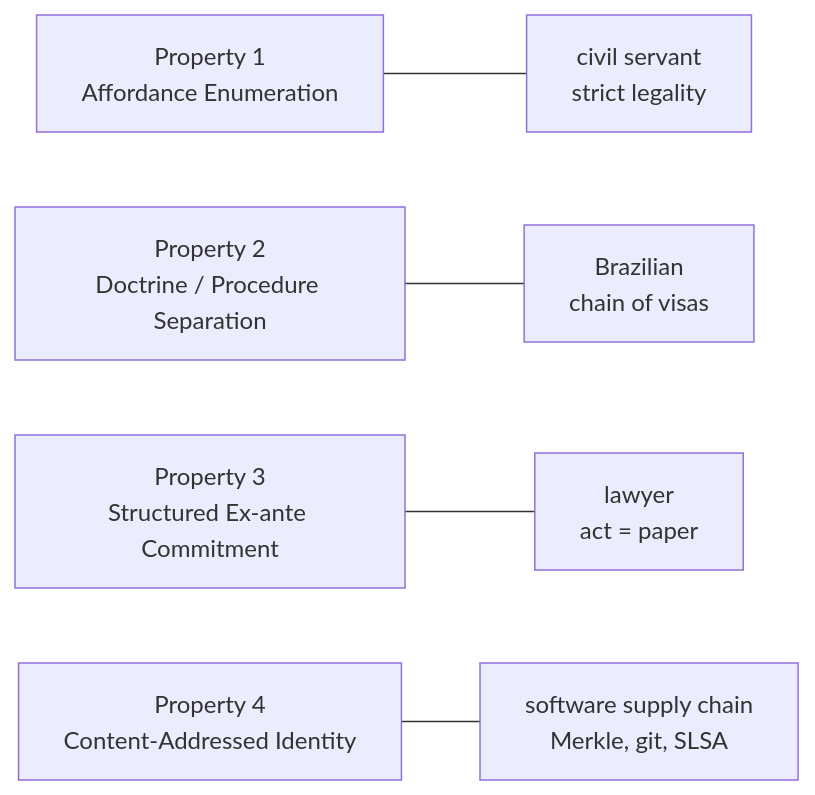
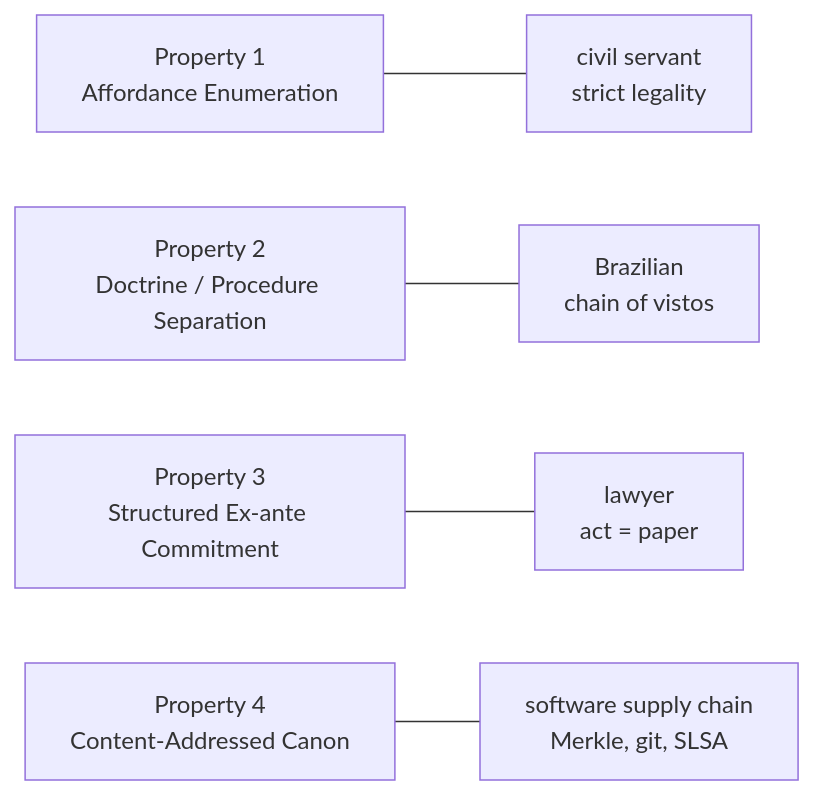
Before and after one commit to franklinbaldo/franklinbaldo.github.io: the diagram in src/content/blog/2026-05-15-three-hammers-walk-into-a-bar.md, drawn with Mermaid. The commit also changed other lines of this file, not shown here.

Commit message:
Revise three-hammers post (merge sharper uploaded draft, preserve diagram and cross-links)

````diff
--- a/src/content/blog/2026-05-15-three-hammers-walk-into-a-bar.md
+++ b/src/content/blog/2026-05-15-three-hammers-walk-into-a-bar.md
@@ -62,7 +52,7 @@
 ```mermaid
 flowchart LR
   P1[Property 1<br/>Affordance Enumeration] --- H1[civil servant<br/>strict legality]
-  P2[Property 2<br/>Doctrine / Procedure Separation] --- H2[Brazilian<br/>chain of visas]
+  P2[Property 2<br/>Doctrine / Procedure Separation] --- H2[Brazilian<br/>chain of vistos]
   P3[Property 3<br/>Structured Ex-ante Commitment] --- H3[lawyer<br/>act = paper]
-  P4[Property 4<br/>Content-Addressed Identity] --- H4[software supply chain<br/>Merkle, git, SLSA]
+  P4[Property 4<br/>Content-Addressed Canon] --- H4[software supply chain<br/>Merkle, git, SLSA]
 ```
````
